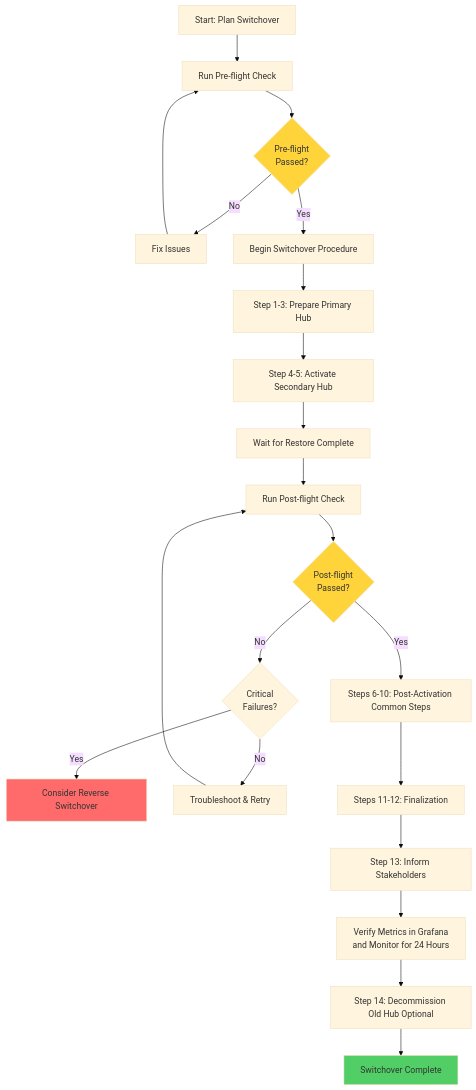
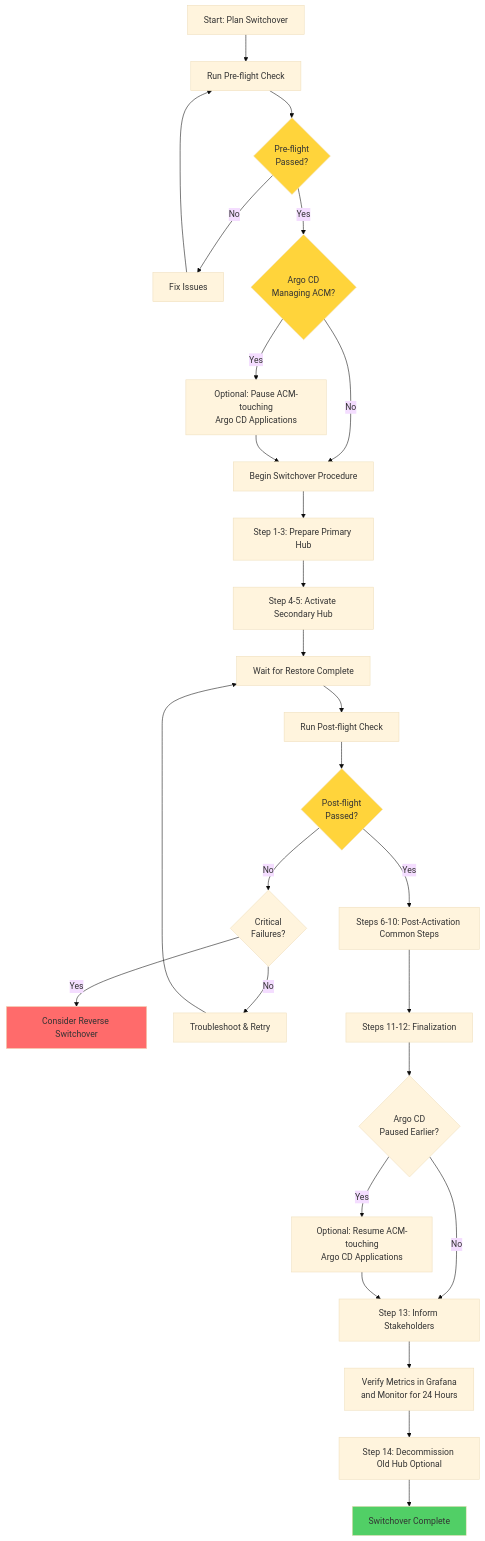
The sixth of 6 diagrams in scripts/README.md (tomazb/rh-acm-switchover), drawn with Mermaid (base theme) before and after one commit. The commit also changed 1 other file, not shown here.

Commit message:
docs: enhance README with ArgoCD support details and workflow updates

````diff
--- a/scripts/README.md
+++ b/scripts/README.md
@@ -931,28 +931,35 @@
 ```mermaid
 graph TD
     A[Start: Plan Switchover] --> B[Run Pre-flight Check]
     B --> C{Pre-flight<br/>Passed?}
     C -->|No| D[Fix Issues]
     D --> B
-    C -->|Yes| E[Begin Switchover Procedure]
-    E --> F[Step 1-3: Prepare Primary Hub]
-    F --> G[Step 4-5: Activate Secondary Hub]
-    G --> H[Wait for Restore Complete]
-    H --> I[Run Post-flight Check]
-    I --> J{Post-flight<br/>Passed?}
-    J -->|No| K{Critical<br/>Failures?}
-    K -->|Yes| L[Consider Reverse Switchover]
-    K -->|No| M[Troubleshoot & Retry]
-    M --> I
-    J -->|Yes| N[Steps 6-10: Post-Activation Common Steps]
-    N --> O[Steps 11-12: Finalization]
-    O --> P[Step 13: Inform Stakeholders]
-    P --> Q[Verify Metrics in Grafana<br/>and Monitor for 24 Hours]
-    Q --> R[Step 14: Decommission Old Hub Optional]
-    R --> S[Switchover Complete]
+  C -->|Yes| E{Argo CD<br/>Managing ACM?}
+  E -->|Yes| F0[Optional: Pause ACM-touching<br/>Argo CD Applications]
+  E -->|No| F[Begin Switchover Procedure]
+  F0 --> F
+  F --> G[Step 1-3: Prepare Primary Hub]
+  G --> H[Step 4-5: Activate Secondary Hub]
+  H --> I[Wait for Restore Complete]
+  I --> J[Run Post-flight Check]
+  J --> K{Post-flight<br/>Passed?}
+  K -->|No| L{Critical<br/>Failures?}
+  L -->|Yes| M[Consider Reverse Switchover]
+  L -->|No| N[Troubleshoot & Retry]
+  N --> I
+  K -->|Yes| O[Steps 6-10: Post-Activation Common Steps]
+  O --> P[Steps 11-12: Finalization]
+  P --> Q{Argo CD<br/>Paused Earlier?}
+  Q -->|Yes| R[Optional: Resume ACM-touching<br/>Argo CD Applications]
+  Q -->|No| S[Step 13: Inform Stakeholders]
+  R --> S
+  S --> T[Verify Metrics in Grafana<br/>and Monitor for 24 Hours]
+  T --> U[Step 14: Decommission Old Hub Optional]
+  U --> V[Switchover Complete]
     
     style C fill:#ffd43b
-    style J fill:#ffd43b
-    style L fill:#ff6b6b
-    style S fill:#51cf66
+  style E fill:#ffd43b
+  style K fill:#ffd43b
+  style M fill:#ff6b6b
+  style V fill:#51cf66
 ```
````
